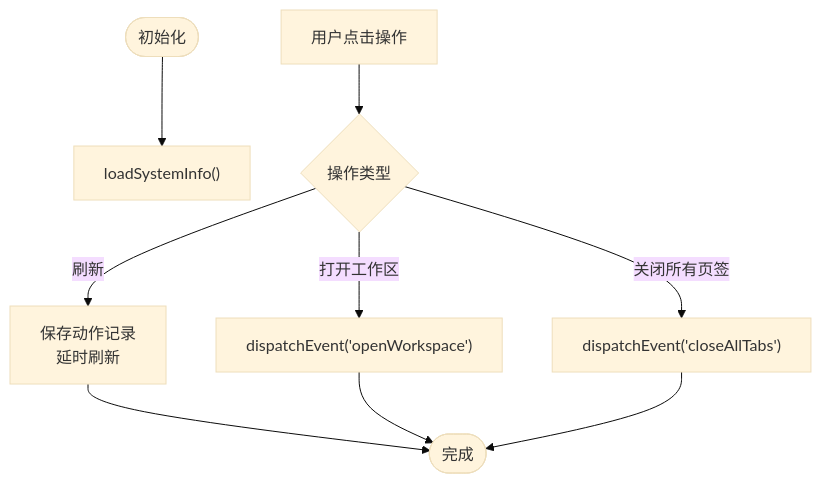
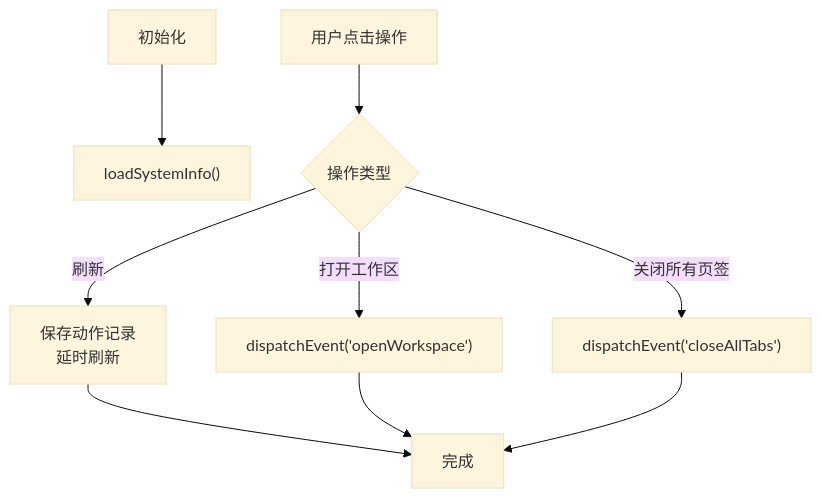
The seventh of 14 diagrams in .qoder/repowiki/zh/content/功能模块详解/通用设置.md (851039536/siyuanPluginVueSN), drawn with Mermaid (base theme) before and after one commit. The commit also changed other lines of this file and 9 other files, not shown here.

````diff
--- a/.qoder/repowiki/zh/content/功能模块详解/通用设置.md
+++ b/.qoder/repowiki/zh/content/功能模块详解/通用设置.md
@@ -312,11 +349,11 @@
 ```mermaid
 flowchart TD
-Start(["初始化"]) --> Info["loadSystemInfo()"]
+Start["初始化"] --> Info["loadSystemInfo()"]
 Click["用户点击操作"] --> Action{"操作类型"}
 Action --> |刷新| Refresh["保存动作记录<br/>延时刷新"]
 Action --> |打开工作区| Open["dispatchEvent('openWorkspace')"]
 Action --> |关闭所有页签| Close["dispatchEvent('closeAllTabs')"]
-Refresh --> End(["完成"])
+Refresh --> End["完成"]
 Open --> End
 Close --> End
 ```
````
